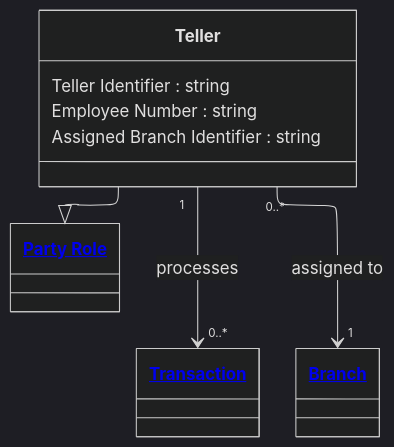
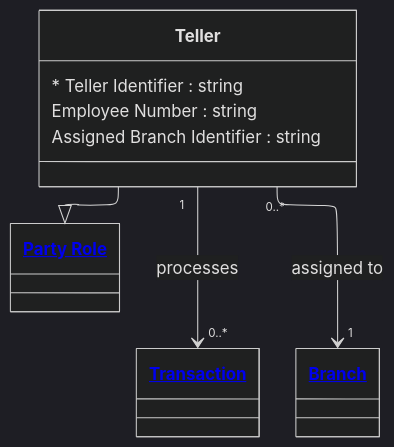
One commit to Semprini/md-ddl changed the diagram in examples/Financial Crime/entities/teller.md. Above: the diagram before and after it, drawn with Mermaid (dark theme). The commit also changed 60 other files, not shown here.

````diff
--- a/examples/Financial Crime/entities/teller.md
+++ b/examples/Financial Crime/entities/teller.md
@@ -9,20 +9,20 @@
 ```mermaid
 ---
 config:
   layout: elk
 ---
 classDiagram
   class Teller{
-    Teller Identifier : string
+    * Teller Identifier : string
     Employee Number : string
     Assigned Branch Identifier : string
   }
 
   Teller --|> PartyRole
   Teller "1" --> "0..*" Transaction : processes
   Teller "0..*" --> "1" Branch : assigned to
 
   class PartyRole["<a href='party_role.md'>Party Role</a>"]
   class Transaction["<a href='transaction.md'>Transaction</a>"]
   class Branch["<a href='branch.md'>Branch</a>"]
 ```
````
